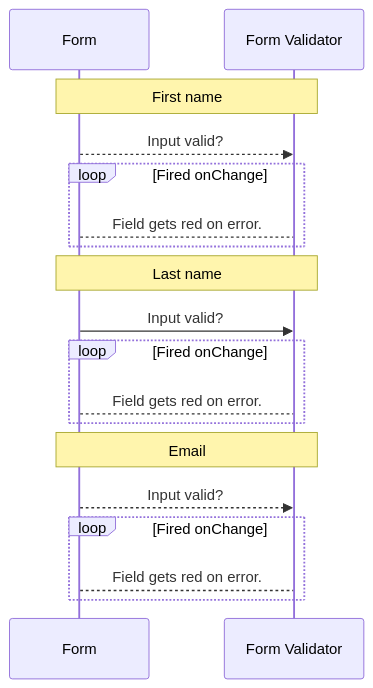
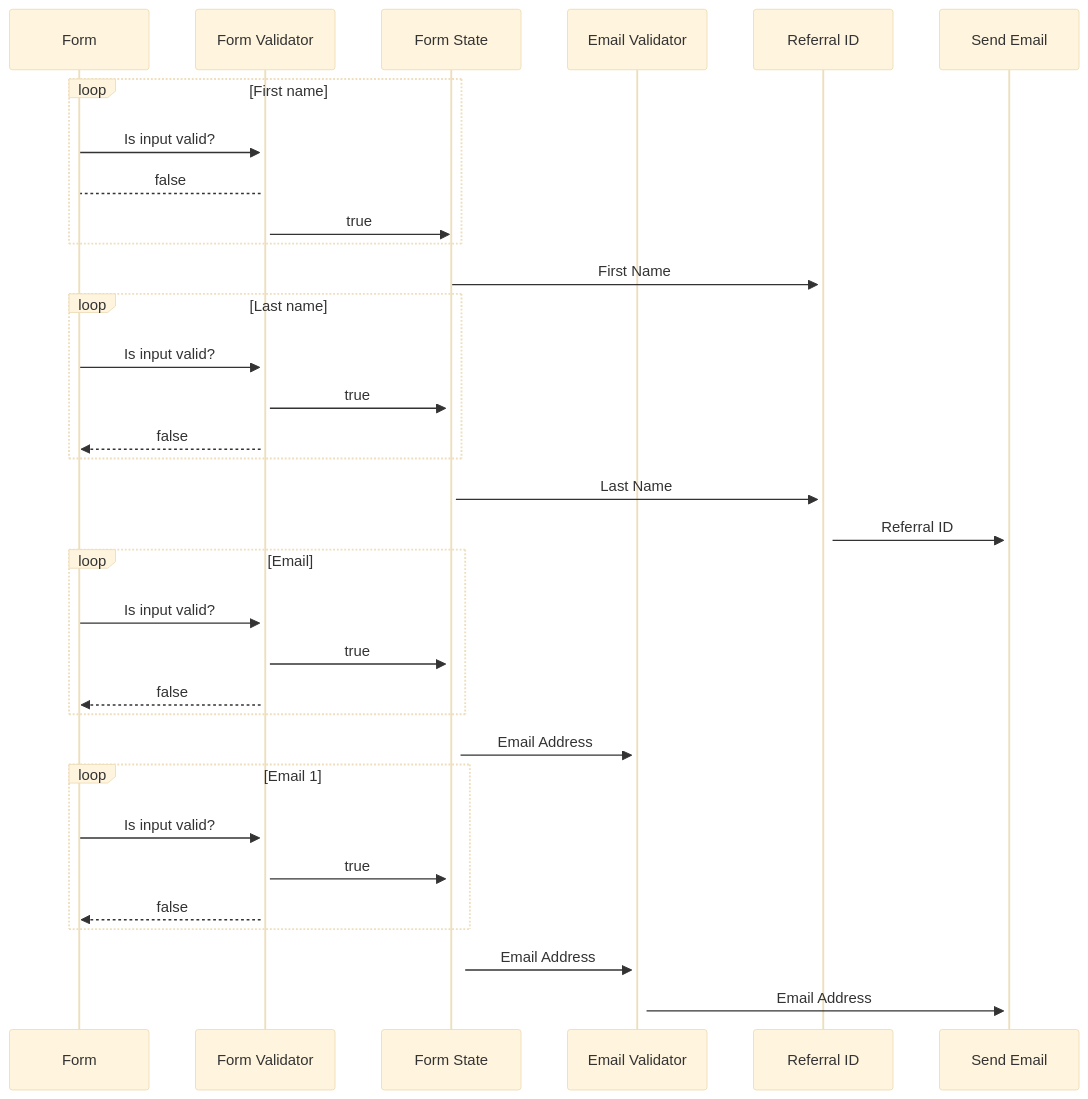
One commit to abutahermuhammad/Email-Sender changed the second of 5 diagrams in doc/HLD.MD. Above: the diagram before and after it, drawn with Mermaid. The commit also changed other lines of this file and 2 other files, not shown here.

````diff
--- a/doc/HLD.MD
+++ b/doc/HLD.MD
@@ -85,25 +86,47 @@
 ```mermaid
+%%{init: {'securityLevel': 'loose', 'theme':'base'}}%%
 sequenceDiagram
     participant FN as Form
     participant SV as Form Validator
+    participant FS as Form State
+    participant EV as Email Validator
+    participant RID as Referral ID
+    participant SE as Send Email
 
 
-    Note over FN,SV: First name
-    FN-->>SV: Input valid?
-    loop Fired onChange
-        FN-->SV: Field gets red on error.
+    loop First name
+        FN ->>+ SV: Is input valid?
+        SV--> FN: false
+        SV ->> FS: true
     end
+    FS ->>+ RID: First Name
 
-    Note over FN,SV: Last name
-    FN ->> SV: Input valid?
-    loop Fired onChange
-        FN-->SV: Field gets red on error.
+
+    loop Last name
+        FN ->> SV: Is input valid?
+        SV ->>+ FS: true
+        SV-->> FN: false
     end
+    FS ->>+ RID: Last Name
+    RID ->>+ SE: Referral ID
 
-    Note over FN,SV: Email
-    FN -->> SV: Input valid?
-    loop Fired onChange
-        FN-->SV: Field gets red on error.
+
+    loop Email
+        FN ->> SV: Is input valid?
+        SV ->>+ FS: true
+        SV-->> FN: false
     end
+    FS ->>+ EV: Email Address
+
+
+    loop Email 1
+        FN ->> SV: Is input valid?
+        SV ->>+ FS: true
+        SV-->> FN: false
+    end
+    FS ->>+ EV: Email Address
+    EV ->>+ SE: Email Address
+
+
 
 ```
````
